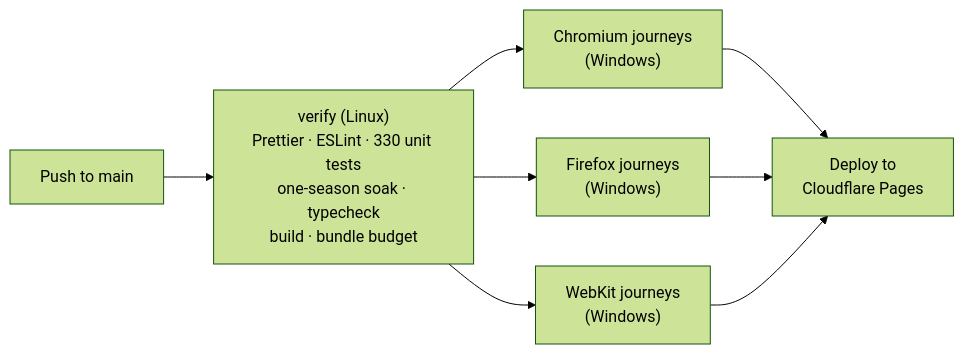
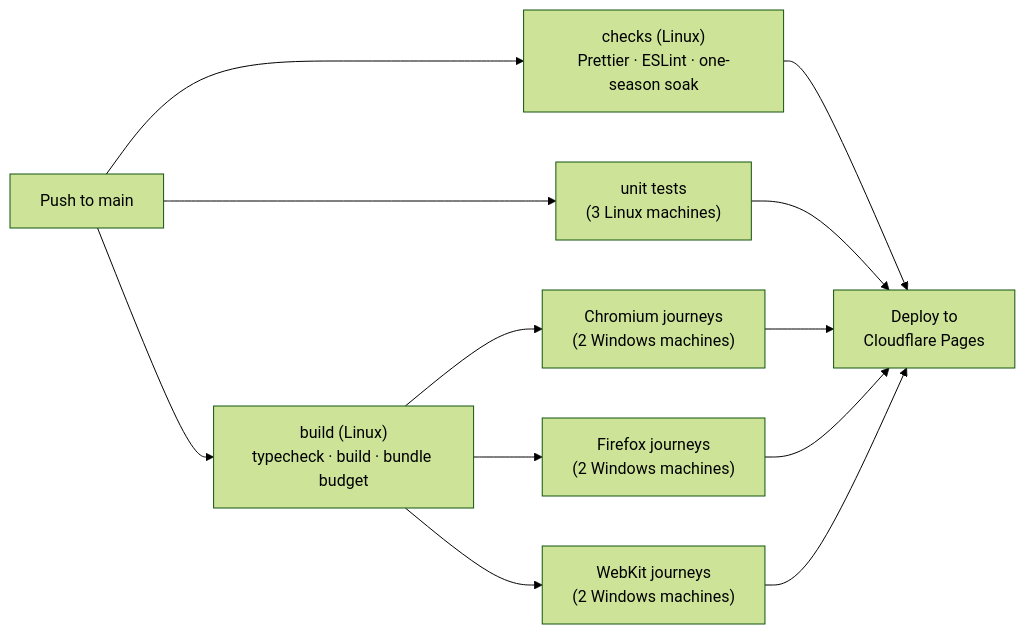
The fourth of 4 diagrams in README.md (Lewandowskista/pitch-to-glory), drawn with Mermaid (forest theme) before and after one commit. The commit also changed 3 other files, not shown here.

````diff
--- a/README.md
+++ b/README.md
@@ -158,10 +158,14 @@
 ```mermaid
 flowchart LR
-  Push["Push to main"] --> Verify["verify (Linux)<br/>Prettier · ESLint · 330 unit tests<br/>one-season soak · typecheck<br/>build · bundle budget"]
-  Verify --> C["Chromium journeys<br/>(Windows)"]
-  Verify --> F["Firefox journeys<br/>(Windows)"]
-  Verify --> W["WebKit journeys<br/>(Windows)"]
-  C --> Deploy["Deploy to<br/>Cloudflare Pages"]
+  Push["Push to main"] --> Build["build (Linux)<br/>typecheck · build · bundle budget"]
+  Push --> Checks["checks (Linux)<br/>Prettier · ESLint · one-season soak"]
+  Push --> Unit["unit tests<br/>(3 Linux machines)"]
+  Build --> C["Chromium journeys<br/>(2 Windows machines)"]
+  Build --> F["Firefox journeys<br/>(2 Windows machines)"]
+  Build --> W["WebKit journeys<br/>(2 Windows machines)"]
+  Checks --> Deploy["Deploy to<br/>Cloudflare Pages"]
+  Unit --> Deploy
+  C --> Deploy
   F --> Deploy
   W --> Deploy
 ```
````
